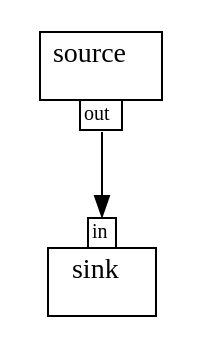
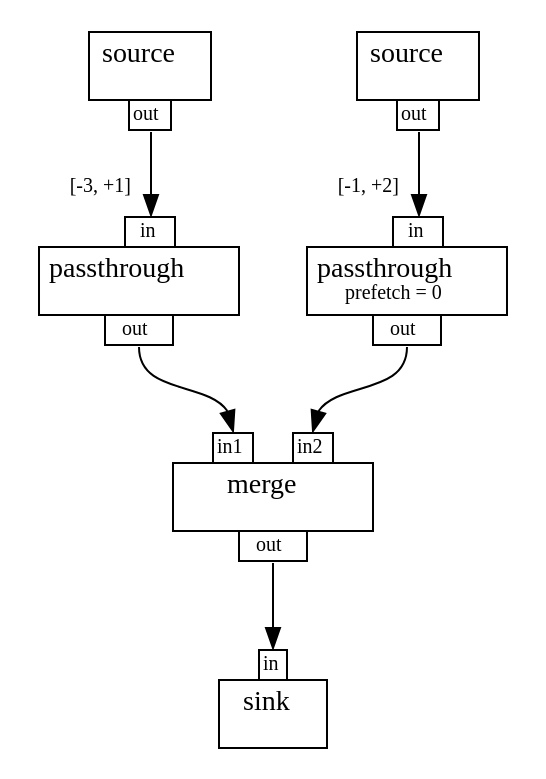
The diagram in fg.gv (dbonattoj/mf), drawn with Graphviz before and after one commit. The commit also changed 12 other files, not shown here.

```diff
--- a/fg.gv
+++ b/fg.gv
@@ -1,12 +1,28 @@
 digraph G{
 	rankdir=TB
 	filter0 [shape=plaintext label=<
 <TABLE BORDER="0" CELLBORDER="0" CELLSPACING="0" CELLPADDING="0"><TR><TD COLSPAN="1" BORDER="1" CELLPADDING="4">source<BR/><FONT POINT-SIZE="10">&nbsp;</FONT></TD></TR><TR><TD COLSPAN="1" BORDER="0"><TABLE BORDER="0" CELLBORDER="0" CELLSPACING="0" CELLPADDING="0"><TR><TD WIDTH="20"></TD><TD BORDER="1" CELLPADDING="1" PORT="out1"><FONT POINT-SIZE="10">out</FONT></TD><TD WIDTH="20"></TD></TR></TABLE></TD></TR></TABLE>
 >];
 	filter2 [shape=plaintext label=<
-<TABLE BORDER="0" CELLBORDER="0" CELLSPACING="0" CELLPADDING="0"><TR><TD WIDTH="20"></TD><TD BORDER="1" CELLPADDING="1" PORT="in3"><FONT POINT-SIZE="10">in</FONT></TD><TD WIDTH="20"></TD></TR><TR><TD COLSPAN="3" BORDER="1" CELLPADDING="4">sink<BR/><FONT POINT-SIZE="10">&nbsp;</FONT></TD></TR></TABLE>
+<TABLE BORDER="0" CELLBORDER="0" CELLSPACING="0" CELLPADDING="0"><TR><TD COLSPAN="1" BORDER="1" CELLPADDING="4">source<BR/><FONT POINT-SIZE="10">&nbsp;</FONT></TD></TR><TR><TD COLSPAN="1" BORDER="0"><TABLE BORDER="0" CELLBORDER="0" CELLSPACING="0" CELLPADDING="0"><TR><TD WIDTH="20"></TD><TD BORDER="1" CELLPADDING="1" PORT="out3"><FONT POINT-SIZE="10">out</FONT></TD><TD WIDTH="20"></TD></TR></TABLE></TD></TR></TABLE>
 >];
-	filter0:out1 -> filter2:in3 [arrowhead="normal", headlabel=<>, fontsize=10, labelangle=45, labeldistance=2.0, ];
-	{rank=source; filter0}
-	{rank=sink; filter2}
+	filter4 [shape=plaintext label=<
+<TABLE BORDER="0" CELLBORDER="0" CELLSPACING="0" CELLPADDING="0"><TR><TD WIDTH="20"></TD><TD BORDER="1" CELLPADDING="1" PORT="in5"><FONT POINT-SIZE="10">in</FONT></TD><TD WIDTH="20"></TD></TR><TR><TD COLSPAN="3" BORDER="1" CELLPADDING="4">sink<BR/><FONT POINT-SIZE="10">&nbsp;</FONT></TD></TR></TABLE>
+>];
+	filter6 [shape=plaintext label=<
+<TABLE BORDER="0" CELLBORDER="0" CELLSPACING="0" CELLPADDING="0"><TR><TD WIDTH="20"></TD><TD BORDER="1" CELLPADDING="1" PORT="in7"><FONT POINT-SIZE="10">in1</FONT></TD><TD WIDTH="20"></TD><TD BORDER="1" CELLPADDING="1" PORT="in8"><FONT POINT-SIZE="10">in2</FONT></TD><TD WIDTH="20"></TD></TR><TR><TD COLSPAN="5" BORDER="1" CELLPADDING="4">merge<BR/><FONT POINT-SIZE="10">&nbsp;</FONT></TD></TR><TR><TD COLSPAN="5" BORDER="0"><TABLE BORDER="0" CELLBORDER="0" CELLSPACING="0" CELLPADDING="0"><TR><TD WIDTH="20"></TD><TD BORDER="1" CELLPADDING="1" PORT="out9"><FONT POINT-SIZE="10">out</FONT></TD><TD WIDTH="20"></TD></TR></TABLE></TD></TR></TABLE>
+>];
+	filter10 [shape=plaintext label=<
+<TABLE BORDER="0" CELLBORDER="0" CELLSPACING="0" CELLPADDING="0"><TR><TD WIDTH="20"></TD><TD BORDER="1" CELLPADDING="1" PORT="in11"><FONT POINT-SIZE="10">in</FONT></TD><TD WIDTH="20"></TD></TR><TR><TD COLSPAN="3" BORDER="1" CELLPADDING="4">passthrough<BR/><FONT POINT-SIZE="10">&nbsp;</FONT></TD></TR><TR><TD COLSPAN="3" BORDER="0"><TABLE BORDER="0" CELLBORDER="0" CELLSPACING="0" CELLPADDING="0"><TR><TD WIDTH="20"></TD><TD BORDER="1" CELLPADDING="1" PORT="out12"><FONT POINT-SIZE="10">out</FONT></TD><TD WIDTH="20"></TD></TR></TABLE></TD></TR></TABLE>
+>];
+	filter13 [shape=plaintext label=<
+<TABLE BORDER="0" CELLBORDER="0" CELLSPACING="0" CELLPADDING="0"><TR><TD WIDTH="20"></TD><TD BORDER="1" CELLPADDING="1" PORT="in14"><FONT POINT-SIZE="10">in</FONT></TD><TD WIDTH="20"></TD></TR><TR><TD COLSPAN="3" BORDER="1" CELLPADDING="4">passthrough<BR/><FONT POINT-SIZE="10">&nbsp;prefetch = 0</FONT></TD></TR><TR><TD COLSPAN="3" BORDER="0"><TABLE BORDER="0" CELLBORDER="0" CELLSPACING="0" CELLPADDING="0"><TR><TD WIDTH="20"></TD><TD BORDER="1" CELLPADDING="1" PORT="out15"><FONT POINT-SIZE="10">out</FONT></TD><TD WIDTH="20"></TD></TR></TABLE></TD></TR></TABLE>
+>];
+	filter6:out9 -> filter4:in5 [arrowhead="normal", headlabel=<>, fontsize=10, labelangle=45, labeldistance=2.0, ];
+	filter10:out12 -> filter6:in7 [arrowhead="normal", headlabel=<>, fontsize=10, labelangle=45, labeldistance=2.0, ];
+	filter13:out15 -> filter6:in8 [arrowhead="normal", headlabel=<>, fontsize=10, labelangle=45, labeldistance=2.0, ];
+	filter0:out1 -> filter10:in11 [arrowhead="normal", headlabel=<[-3, +1]     >, fontsize=10, labelangle=45, labeldistance=2.0, ];
+	filter2:out3 -> filter13:in14 [arrowhead="normal", headlabel=<[-1, +2]     >, fontsize=10, labelangle=45, labeldistance=2.0, ];
+	{rank=source; filter0 filter2}
+	{rank=sink; filter4}
 }
```
